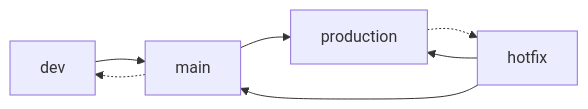
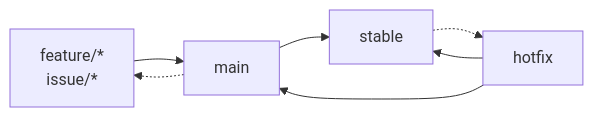
The first of 4 diagrams in docs/workflow/1-repository.md (Mauwii/django_devops), drawn with Mermaid before and after one commit. The commit also changed other lines of this file and 14 other files, not shown here.

`````diff
--- a/docs/workflow/1-repository.md
+++ b/docs/workflow/1-repository.md
@@ -31,8 +28,8 @@
-````mermaid
+``` mermaid
 graph LR
-    dev --> main;
-    main -.-> dev;
-    main --> production;
-    production -.-> hotfix;
-    hotfix --> production & main;
-````
+  featureBranch[feature/*<br>issue/*] --> main;
+  main -.-> featureBranch;
+  main --> stable;
+  stable -.-> hotfix;
+  hotfix --> stable & main;
+```
`````
